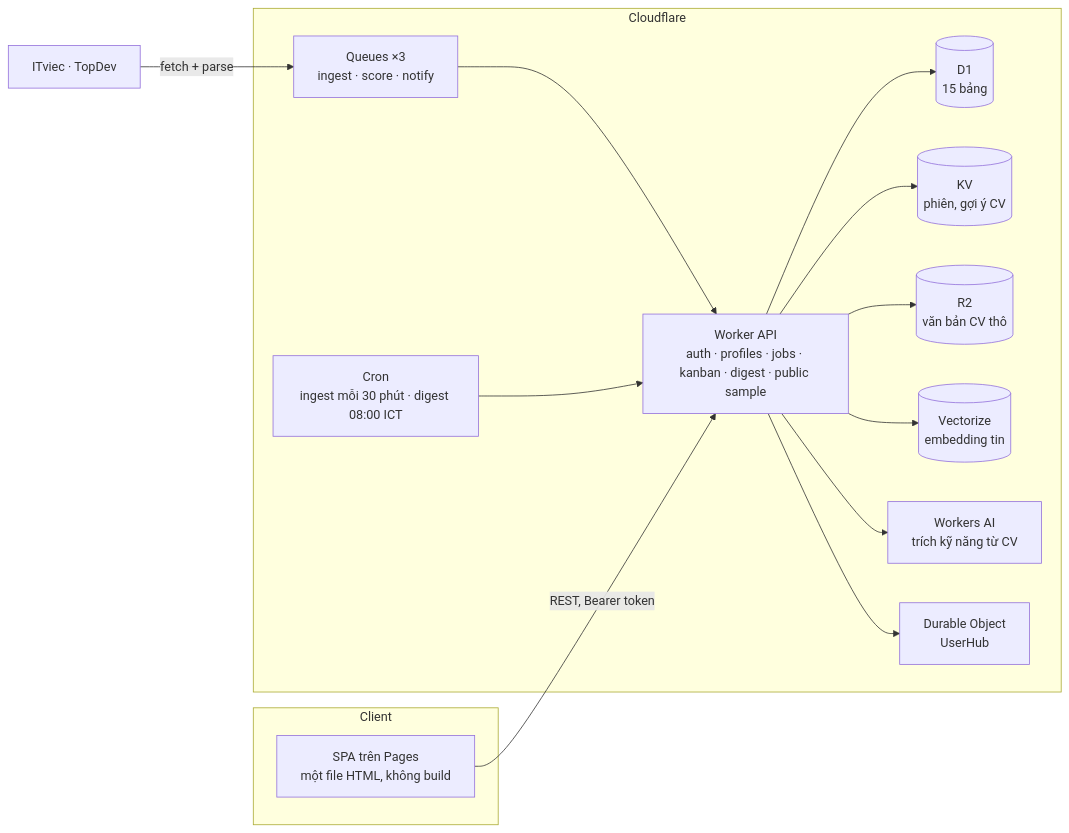
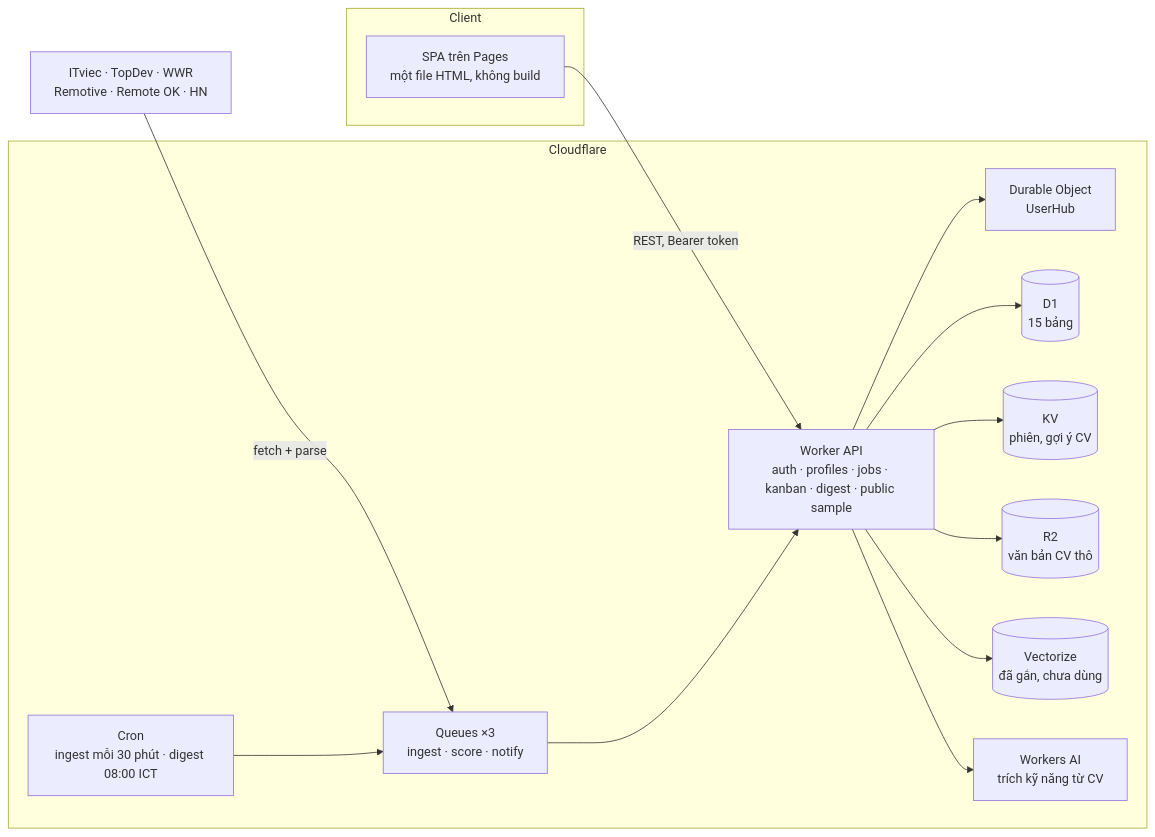
One commit to TriSBie/jobpilot-edge changed the diagram in README.vi.md. Above: the diagram before and after it, drawn with Mermaid. The commit also changed other lines of this file and 1 other file, not shown here.

````diff
--- a/README.vi.md
+++ b/README.vi.md
@@ -62,22 +76,22 @@
 ```mermaid
 flowchart LR
     subgraph Client
         SPA["SPA trên Pages<br/>một file HTML, không build"]
     end
     subgraph Edge["Cloudflare"]
         API["Worker API<br/>auth · profiles · jobs · kanban · digest · public sample"]
         Q["Queues ×3<br/>ingest · score · notify"]
         CRON["Cron<br/>ingest mỗi 30 phút · digest 08:00 ICT"]
         DO["Durable Object<br/>UserHub"]
         D1[("D1<br/>15 bảng")]
         KV[("KV<br/>phiên, gợi ý CV")]
         R2[("R2<br/>văn bản CV thô")]
-        VEC[("Vectorize<br/>embedding tin")]
+        VEC[("Vectorize<br/>đã gắn, chưa dùng")]
         AI["Workers AI<br/>trích kỹ năng từ CV"]
     end
-    SRC["ITviec · TopDev"] -->|fetch + parse| Q
-    CRON --> API
+    SRC["ITviec · TopDev · WWR<br/>Remotive · Remote OK · HN"] -->|fetch + parse| Q
+    CRON --> Q
     SPA -->|REST, Bearer token| API
     API --> D1 & KV & R2 & VEC & AI & DO
     Q --> API
 ```
````
